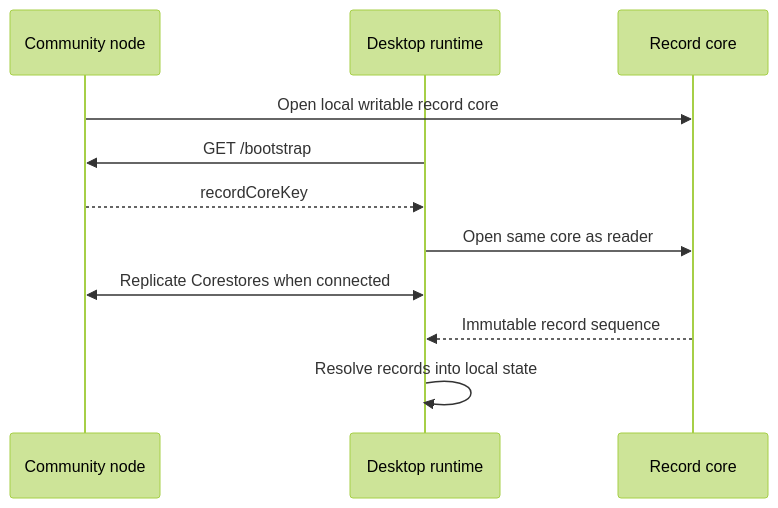
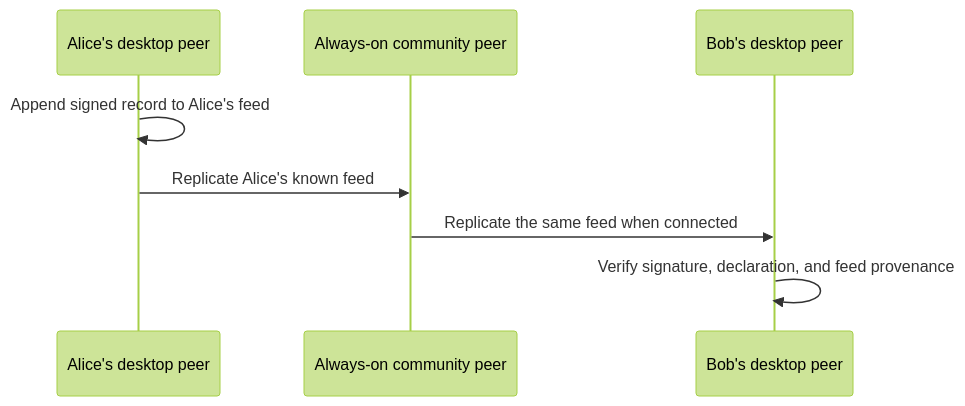
Before and after one commit to matthewlovestocode/peer-hours: the diagram in docs/record-replication.md, drawn with Mermaid (forest theme). The commit also changed other lines of this file and 39 other files, not shown here.

Commit message:
Add community peer protocol workflow

````diff
--- a/docs/record-replication.md
+++ b/docs/record-replication.md
@@ -5,14 +5,11 @@
 ```mermaid
 sequenceDiagram
-    participant N as Community node
-    participant D as Desktop runtime
-    participant C as Record core
+    participant A as Alice's desktop peer
+    participant N as Always-on community peer
+    participant B as Bob's desktop peer
 
-    N->>C: Open local writable record core
-    D->>N: GET /bootstrap
-    N-->>D: recordCoreKey
-    D->>C: Open same core as reader
-    N<<->>D: Replicate Corestores when connected
-    C-->>D: Immutable record sequence
-    D->>D: Resolve records into local state
+    A->>A: Append signed record to Alice's feed
+    A->>N: Replicate Alice's known feed
+    N->>B: Replicate the same feed when connected
+    B->>B: Verify signature, declaration, and feed provenance
 ```
````
